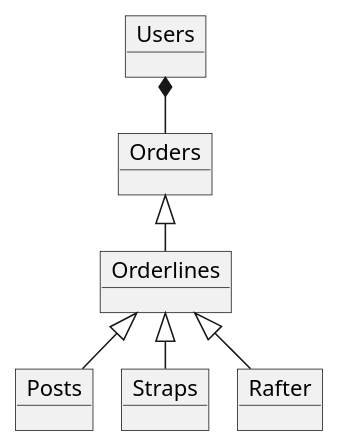
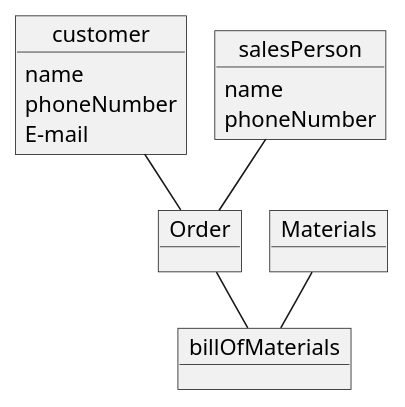
Before and after one commit to Nico538e/Fog-carport-2025: the diagram in Doc/Domænediagram.puml, drawn with PlantUML. The commit also changed 5 other files, not shown here.

```diff
--- a/Doc/Domænediagram.puml
+++ b/Doc/Domænediagram.puml
@@ -1,18 +1,31 @@
 @startuml
 'https://plantuml.com/object-diagram
 !pragma layout smetana
 'made the 28/04/2025
-object Users
-object Orders
-object Orderlines
-object Posts
-object Straps
-object Rafter
+object customer{
+name
+phoneNumber
+E-mail
+}
+object salesPerson{
+name
+phoneNumber
 
-Users *-- Orders
-Orders <|-- Orderlines
-Orderlines <|-- Posts
-Orderlines <|-- Straps
-Orderlines  <|-- Rafter
+}
+object Order{
+}
+object billOfMaterials{
+}
+object Materials{
+}
+
+
+customer -- Order
+Order -- billOfMaterials
+Materials -- billOfMaterials
+salesPerson -- Order
+
+
+
 
 @enduml
```
